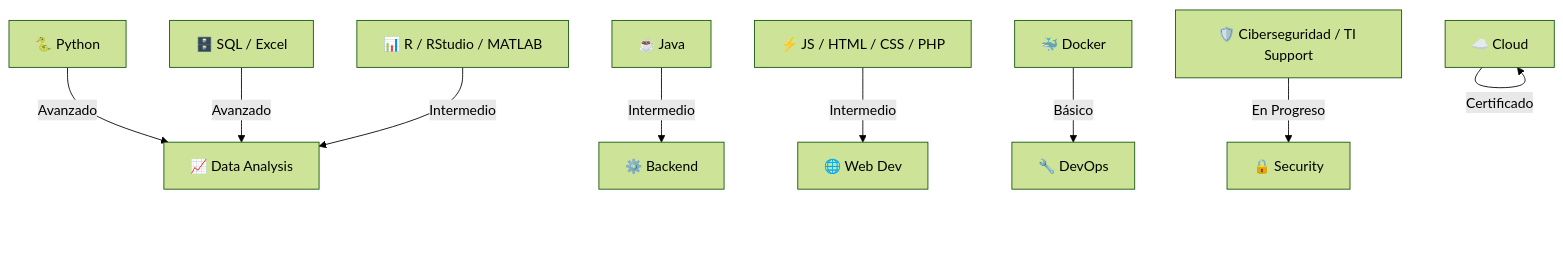
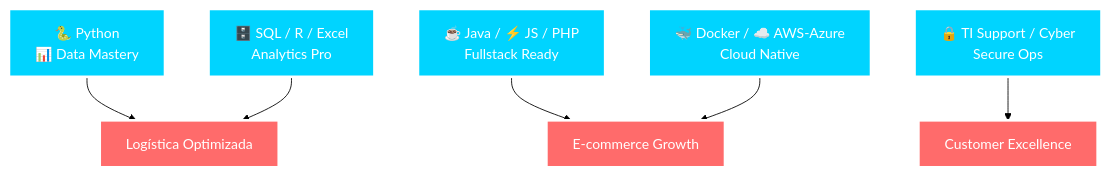
The diagram in readme.md (IgnvcioV/Ignacio-Araya), drawn with Mermaid (forest theme) before and after one commit. The commit also changed other lines of this file, not shown here.

````diff
--- a/readme.md
+++ b/readme.md
@@ -23,18 +22,23 @@
 ```mermaid
 graph TB
-    py[🐍 Python] -->|Avanzado| data[📈 Data Analysis]
-    java[☕ Java] -->|Intermedio| backend[⚙️ Backend]
-    js[⚡ JS / HTML / CSS / PHP] -->|Intermedio| web[🌐 Web Dev]
-    sql[🗄️ SQL / Excel] -->|Avanzado| data
-    r[📊 R / RStudio / MATLAB] -->|Intermedio| data
-    docker[🐳 Docker] -->|Básico| devops[🔧 DevOps]
-    cloud[☁️ AWS / Azure Básico] -->|Certificado| cloud[☁️ Cloud]
-    cyber[🛡️ Ciberseguridad / TI Support] -->|En Progreso| security[🔒 Security]
+    A[🐍 Python<br/>📊 Data Mastery] 
+    B[☕ Java / ⚡ JS / PHP<br/>Fullstack Ready]
+    C[🗄️ SQL / R / Excel<br/>Analytics Pro]
+    D[🐳 Docker / ☁️ AWS-Azure<br/>Cloud Native]
+    E[🔒 TI Support / Cyber<br/>Secure Ops]
     
-    classDef data fill:#90EE90,stroke:#333,stroke-width:2px
-    classDef backend fill:#87CEEB,stroke:#333,stroke-width:2px
-    classDef web fill:#FFB6C1,stroke:#333,stroke-width:2px
-    classDef devops fill:#DDA0DD,stroke:#333,stroke-width:2px
-    classDef cloud fill:#E0FFFF,stroke:#333,stroke-width:2px
-    classDef security fill:#FF6347,stroke:#333,stroke-width:2px
+    F[Logística Optimizada]
+    G[E-commerce Growth]
+    H[Customer Excellence]
+    
+    A --> F
+    B --> G
+    C --> F
+    D --> G
+    E --> H
+    
+    classDef skill fill:#00D4FF,stroke:#fff,stroke-width:3px,color:#fff
+    classDef impact fill:#FF6B6B,stroke:#fff,stroke-width:3px,color:#fff
+    class A,B,C,D,E skill
+    class F,G,H impact
 ```
````
